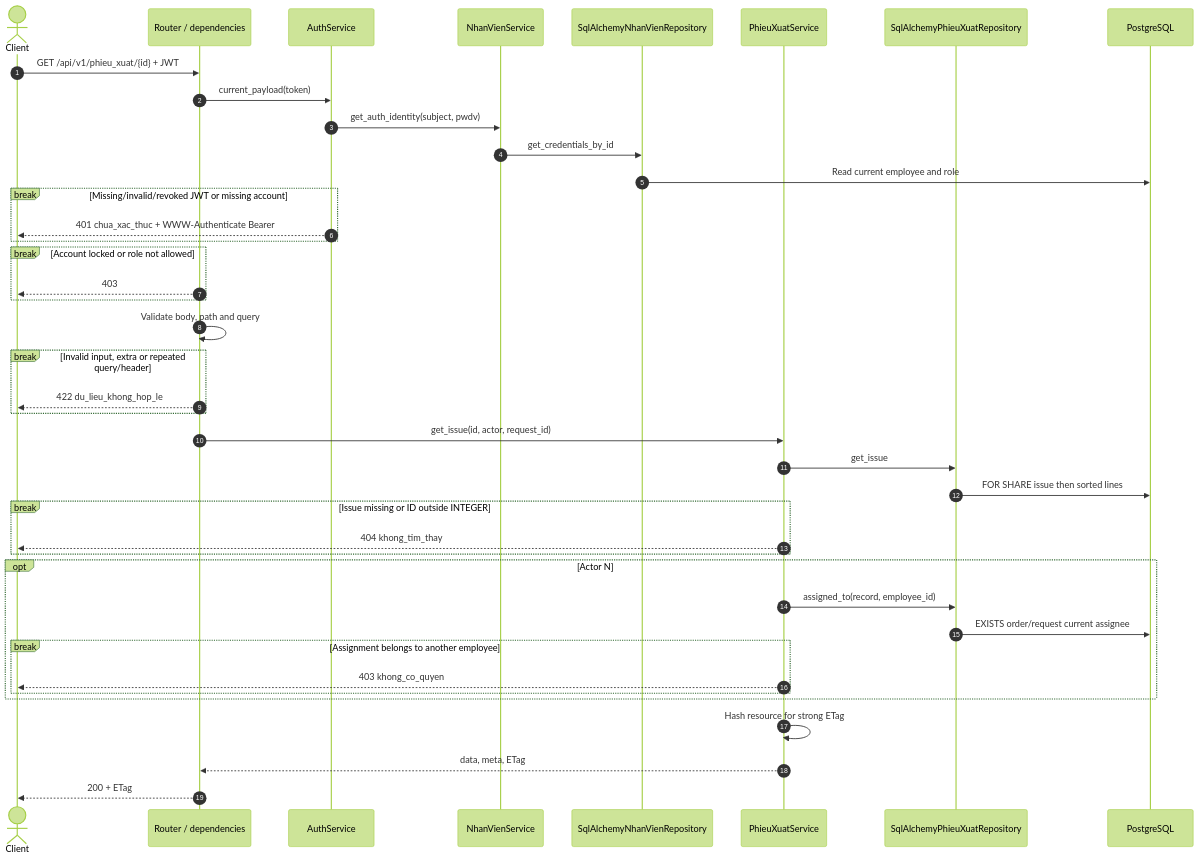
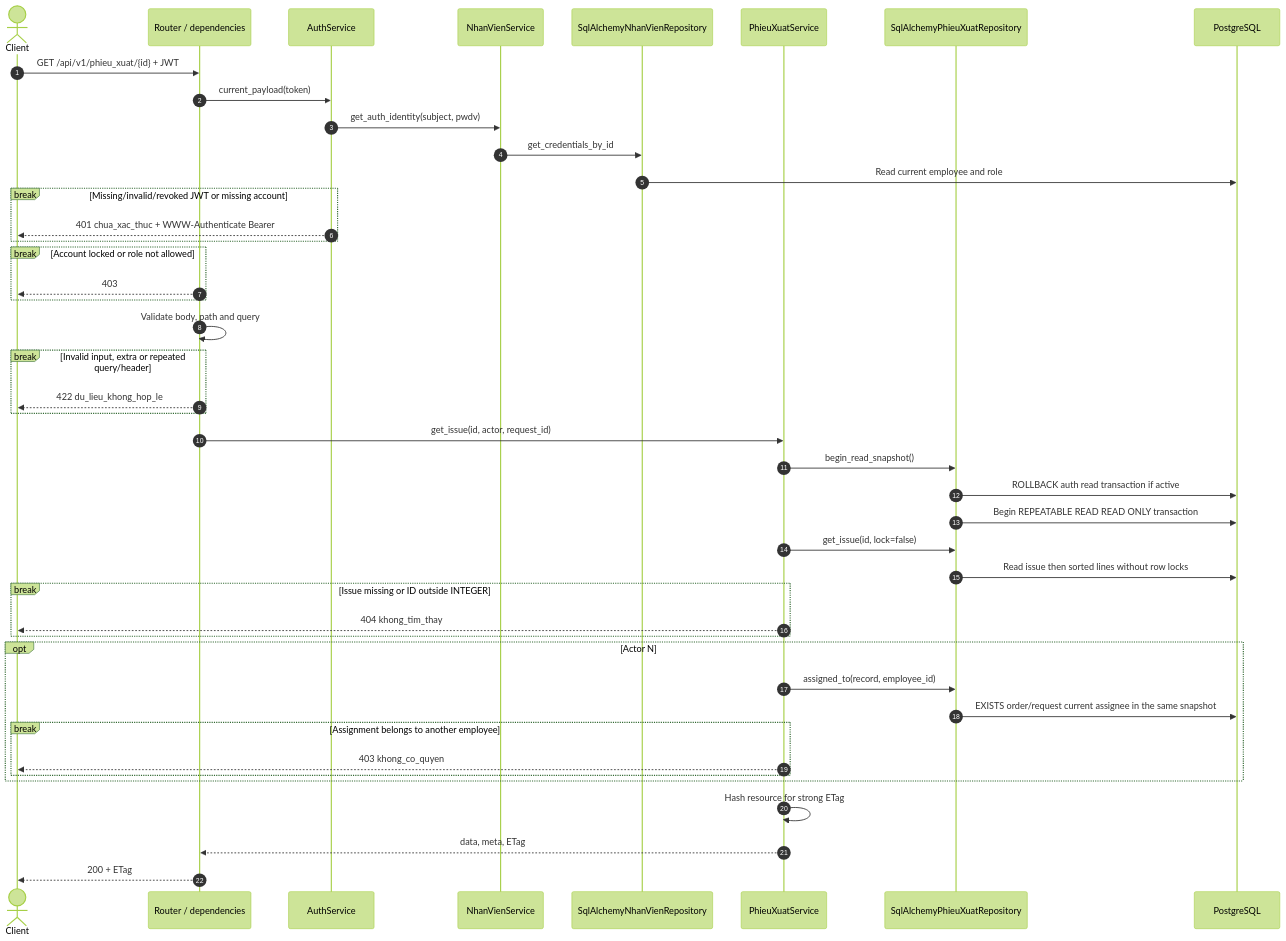
Before and after one commit to thanhklt/xbike-mrp-system: the second of 9 diagrams in docs/sequence/phieu_xuat.md, drawn with Mermaid (forest theme). The commit also changed other lines of this file and 5 other files, not shown here.

````diff
--- a/docs/sequence/phieu_xuat.md
+++ b/docs/sequence/phieu_xuat.md
@@ -79,43 +88,46 @@
 ```mermaid
 sequenceDiagram
     autonumber
     actor C as Client
     participant R as Router / dependencies
     participant AU as AuthService
     participant NV as NhanVienService
     participant NR as SqlAlchemyNhanVienRepository
     participant S as PhieuXuatService
     participant P as SqlAlchemyPhieuXuatRepository
     participant DB as PostgreSQL
     C->>R: GET /api/v1/phieu_xuat/{id} + JWT
     R->>AU: current_payload(token)
     AU->>NV: get_auth_identity(subject, pwdv)
     NV->>NR: get_credentials_by_id
     NR->>DB: Read current employee and role
     break Missing/invalid/revoked JWT or missing account
         AU-->>C: 401 chua_xac_thuc + WWW-Authenticate Bearer
     end
     break Account locked or role not allowed
         R-->>C: 403
     end
     R->>R: Validate body, path and query
     break Invalid input, extra or repeated query/header
         R-->>C: 422 du_lieu_khong_hop_le
     end
     R->>S: get_issue(id, actor, request_id)
-    S->>P: get_issue
-    P->>DB: FOR SHARE issue then sorted lines
+    S->>P: begin_read_snapshot()
+    P->>DB: ROLLBACK auth read transaction if active
+    P->>DB: Begin REPEATABLE READ READ ONLY transaction
+    S->>P: get_issue(id, lock=false)
+    P->>DB: Read issue then sorted lines without row locks
     break Issue missing or ID outside INTEGER
         S-->>C: 404 khong_tim_thay
     end
     opt Actor N
         S->>P: assigned_to(record, employee_id)
-        P->>DB: EXISTS order/request current assignee
+        P->>DB: EXISTS order/request current assignee in the same snapshot
         break Assignment belongs to another employee
             S-->>C: 403 khong_co_quyen
         end
     end
     S->>S: Hash resource for strong ETag
     S-->>R: data, meta, ETag
     R-->>C: 200 + ETag
 ```
````
